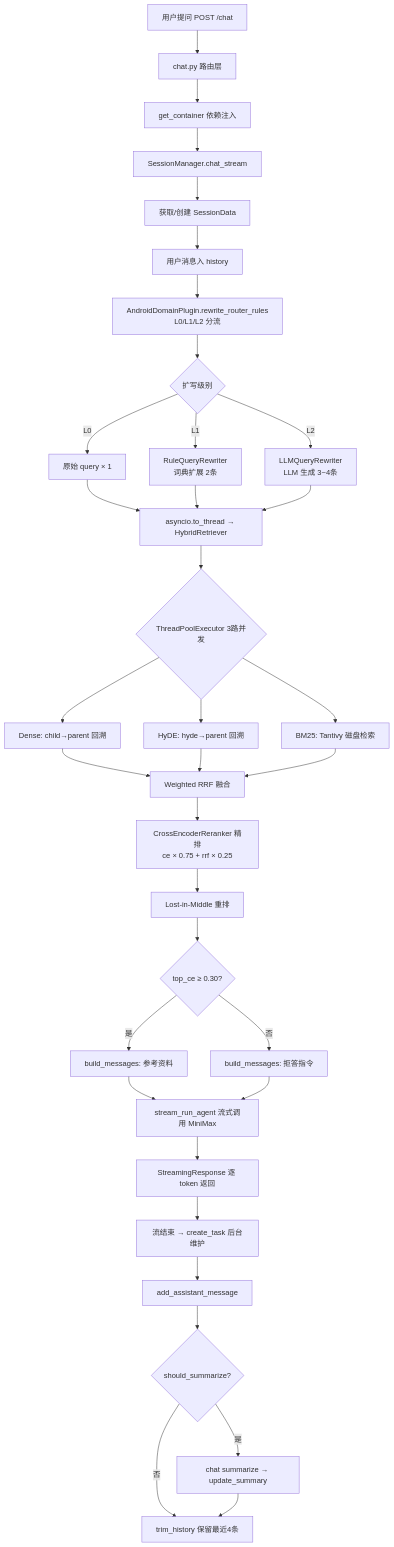
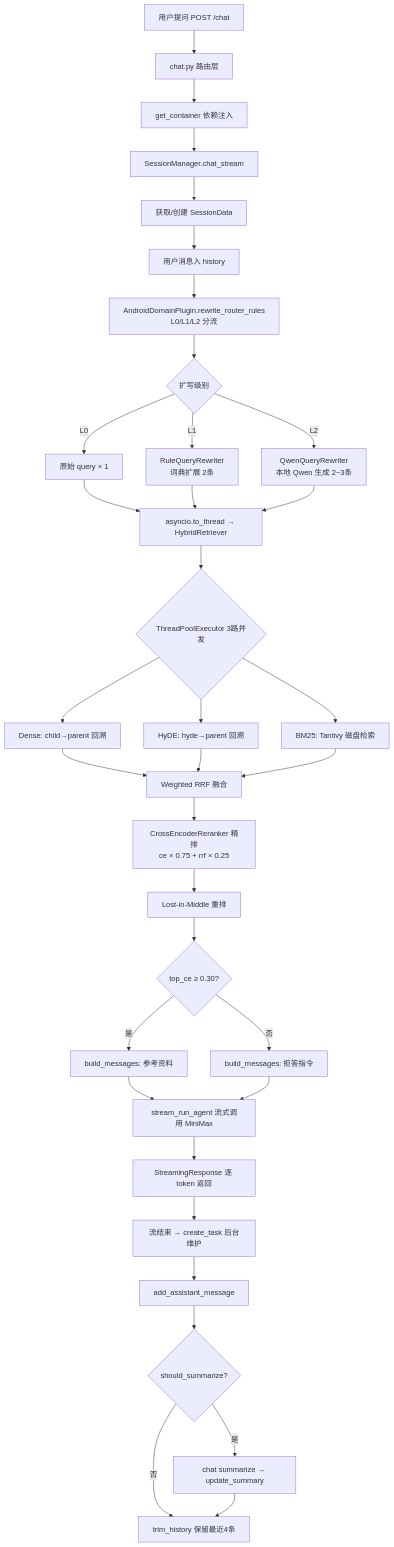
One commit to TurboSnails/AnalyzerGP changed the diagram in doc/01-ai-app1-rag-design.md. Above: the diagram before and after it, drawn with Mermaid. The commit also changed other lines of this file, not shown here.

````diff
--- a/doc/01-ai-app1-rag-design.md
+++ b/doc/01-ai-app1-rag-design.md
@@ -565,32 +583,32 @@
 ```mermaid
 flowchart TD
     A[用户提问 POST /chat] --> B[chat.py 路由层]
     B --> C[get_container 依赖注入]
     C --> D[SessionManager.chat_stream]
     D --> E[获取/创建 SessionData]
     E --> F[用户消息入 history]
     F --> G[AndroidDomainPlugin.rewrite_router_rules<br/>L0/L1/L2 分流]
     G --> H{扩写级别}
     H -->|L0| I1[原始 query × 1]
     H -->|L1| I2[RuleQueryRewriter<br/>词典扩展 2条]
-    H -->|L2| I3[LLMQueryRewriter<br/>LLM 生成 3~4条]
+    H -->|L2| I3[QwenQueryRewriter<br/>本地 Qwen 生成 2~3条]
     I1 & I2 & I3 --> J[asyncio.to_thread → HybridRetriever]
     J --> K{ThreadPoolExecutor 3路并发}
     K --> K1[Dense: child→parent 回溯]
     K --> K2[HyDE: hyde→parent 回溯]
     K --> K3[BM25: Tantivy 磁盘检索]
     K1 & K2 & K3 --> L[Weighted RRF 融合]
     L --> M[CrossEncoderReranker 精排<br/>ce × 0.75 + rrf × 0.25]
     M --> N[Lost-in-Middle 重排]
     N --> O{top_ce ≥ 0.30?}
     O -->|是| P[build_messages: 参考资料]
     O -->|否| Q[build_messages: 拒答指令]
     P & Q --> R[stream_run_agent 流式调用 MiniMax]
     R --> S[StreamingResponse 逐 token 返回]
     S --> T[流结束 → create_task 后台维护]
     T --> U[add_assistant_message]
     U --> V{should_summarize?}
     V -->|是| W[chat summarize → update_summary]
     V -->|否| X[trim_history 保留最近4条]
     W --> X
 ```
````
